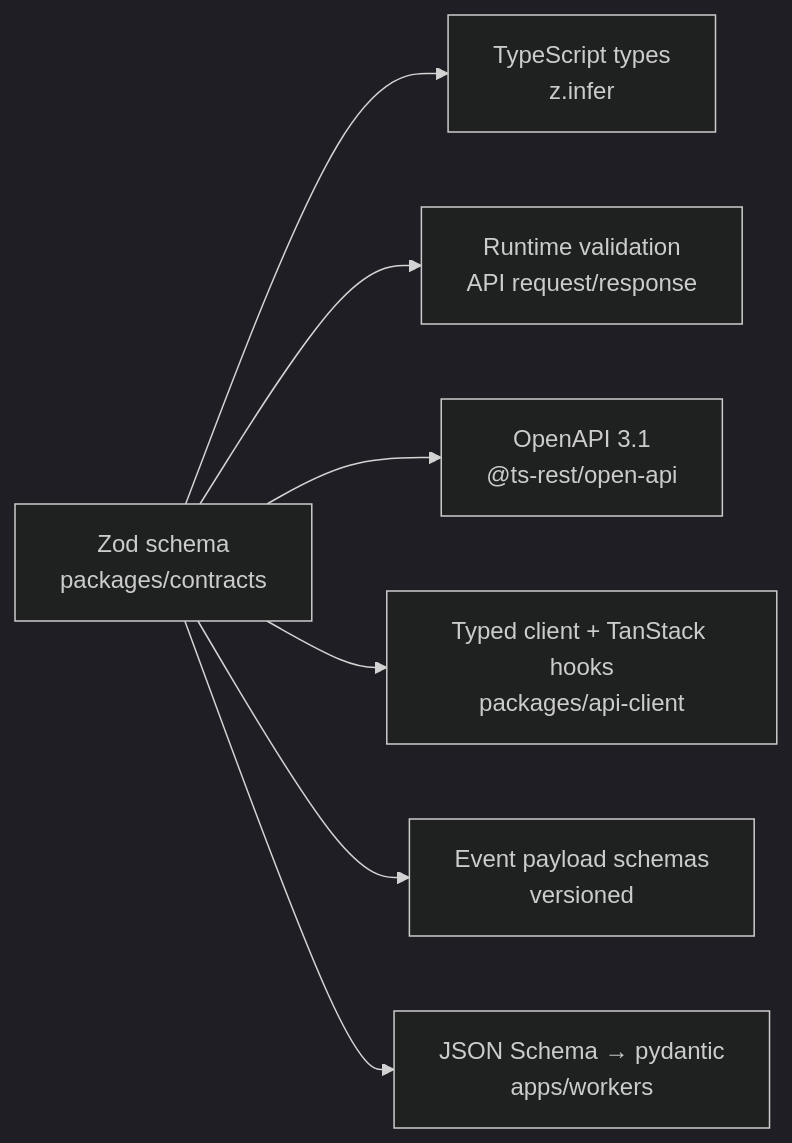
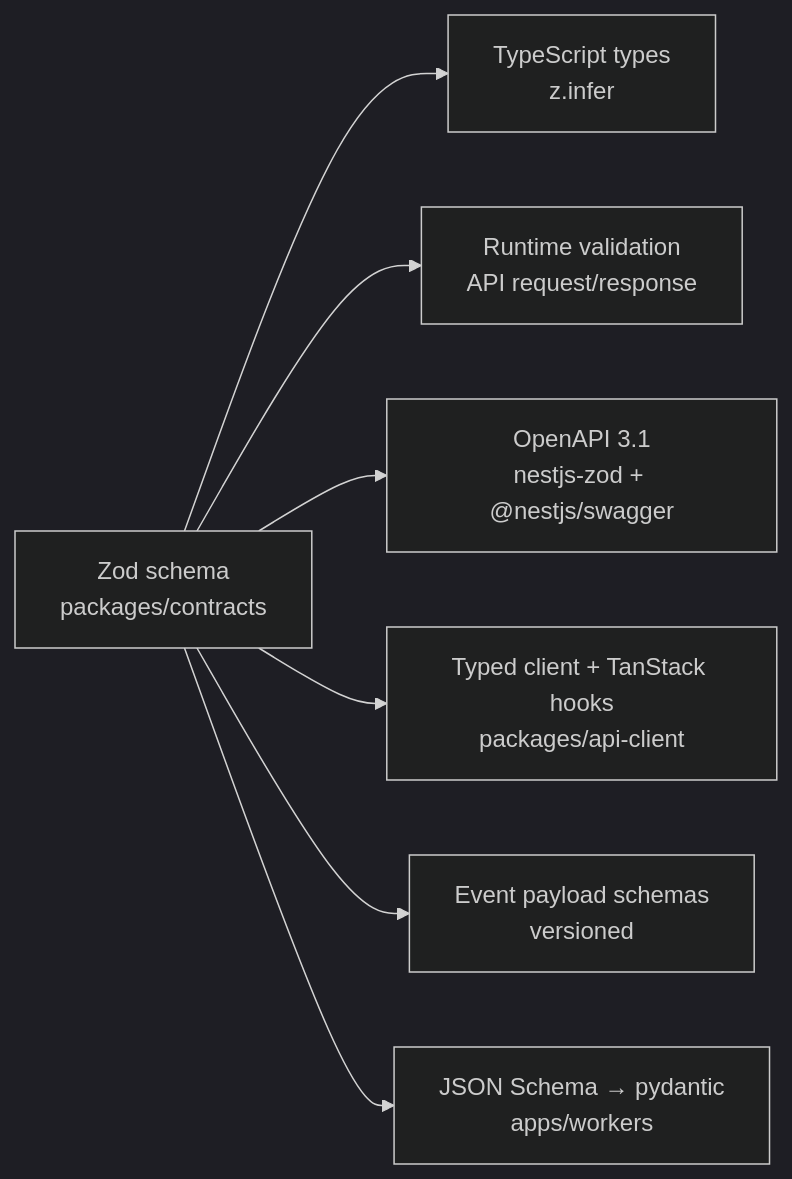
One commit to invaliderrors/metrika changed the fifth of 7 diagrams in docs/ARCHITECTURE.md. Above: the diagram before and after it, drawn with Mermaid (dark theme). The commit also changed other lines of this file and 99 other files, not shown here.

````diff
--- a/docs/ARCHITECTURE.md
+++ b/docs/ARCHITECTURE.md
@@ -677,10 +684,10 @@
 ```mermaid
 graph LR
     Z["Zod schema<br/>packages/contracts"]
     Z --> T["TypeScript types<br/>z.infer"]
     Z --> V["Runtime validation<br/>API request/response"]
-    Z --> O["OpenAPI 3.1<br/>@ts-rest/open-api"]
+    Z --> O["OpenAPI 3.1<br/>nestjs-zod + @nestjs/swagger"]
     Z --> C["Typed client + TanStack hooks<br/>packages/api-client"]
     Z --> E["Event payload schemas<br/>versioned"]
     Z --> J["JSON Schema → pydantic<br/>apps/workers"]
 ```
````
